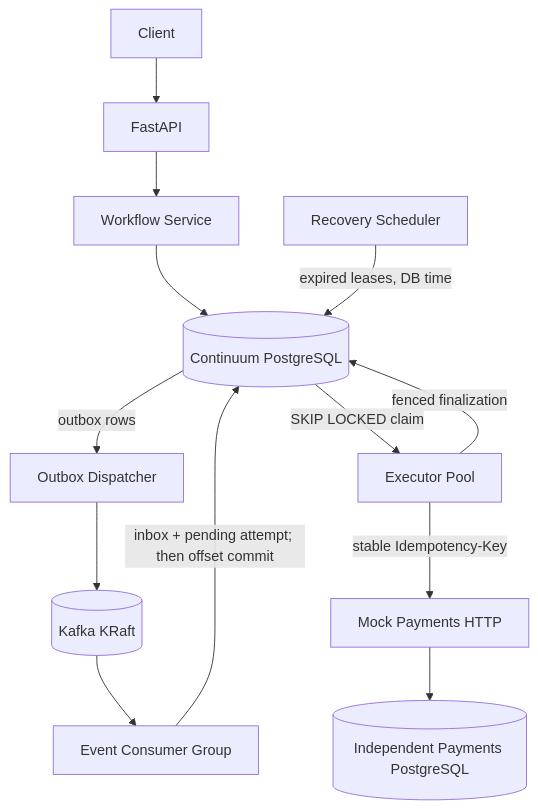
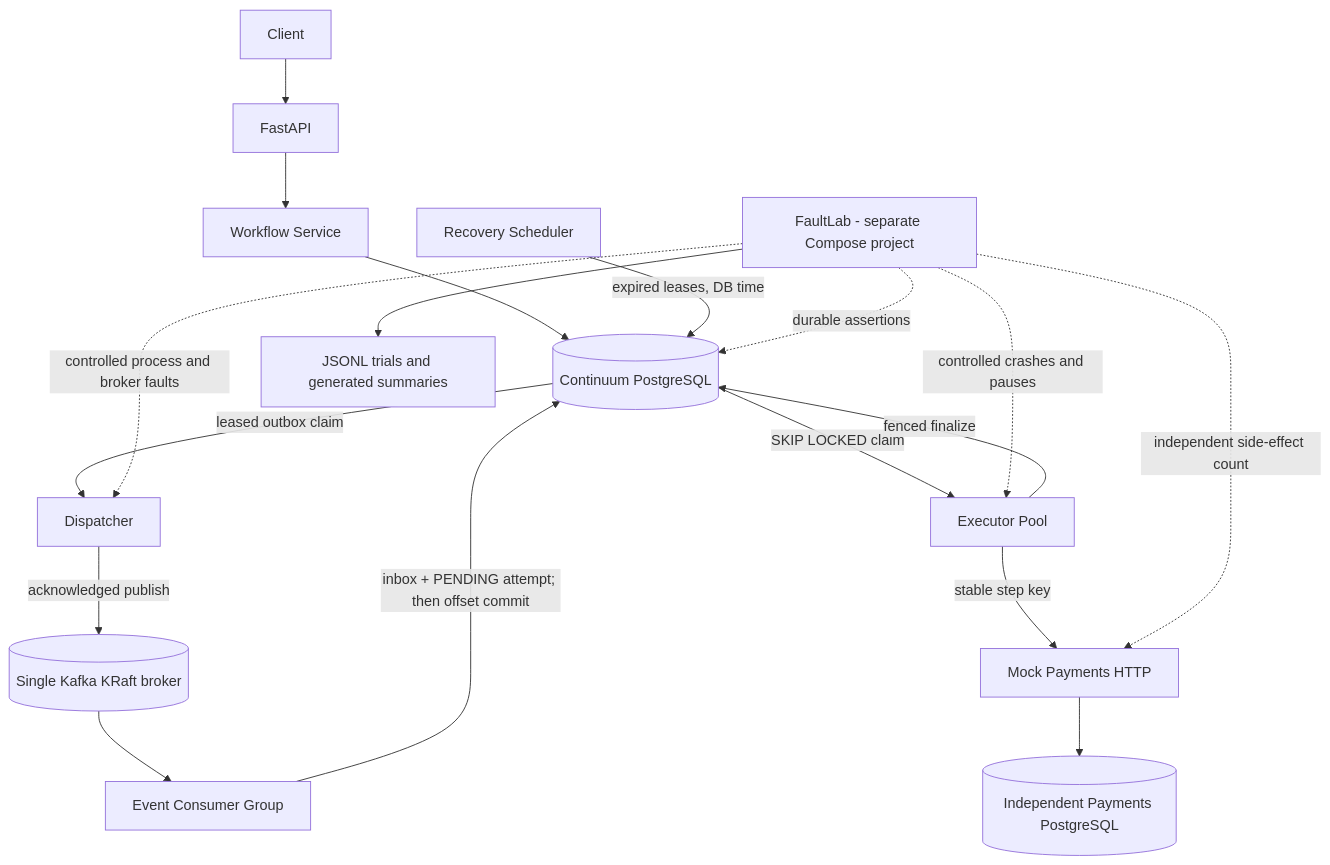
Before and after one commit to patelanush/Continuum: the diagram in README.md, drawn with Mermaid. The commit also changed other lines of this file and 33 other files, not shown here.

Commit message:
Implement FaultLab reliability benchmarking

````diff
--- a/README.md
+++ b/README.md
@@ -22,15 +21,20 @@
 ```mermaid
 flowchart TD
     Client --> API[FastAPI]
     API --> WS[Workflow Service]
     WS --> PG[(Continuum PostgreSQL)]
-    PG -->|outbox rows| D[Outbox Dispatcher]
-    D --> K[(Kafka KRaft)]
+    PG -->|leased outbox claim| D[Dispatcher]
+    D -->|acknowledged publish| K[(Single Kafka KRaft broker)]
     K --> C[Event Consumer Group]
-    C -->|inbox + pending attempt; then offset commit| PG
+    C -->|inbox + PENDING attempt; then offset commit| PG
     PG -->|SKIP LOCKED claim| E[Executor Pool]
-    E -->|stable Idempotency-Key| M[Mock Payments HTTP]
+    E -->|stable step key| M[Mock Payments HTTP]
     M --> MP[(Independent Payments PostgreSQL)]
-    E -->|fenced finalization| PG
+    E -->|fenced finalize| PG
     R[Recovery Scheduler] -->|expired leases, DB time| PG
+    F[FaultLab - separate Compose project] -.->|controlled process and broker faults| D
+    F -.->|controlled crashes and pauses| E
+    F -.->|durable assertions| PG
+    F -.->|independent side-effect count| M
+    F --> A[JSONL trials and generated summaries]
 ```
````
